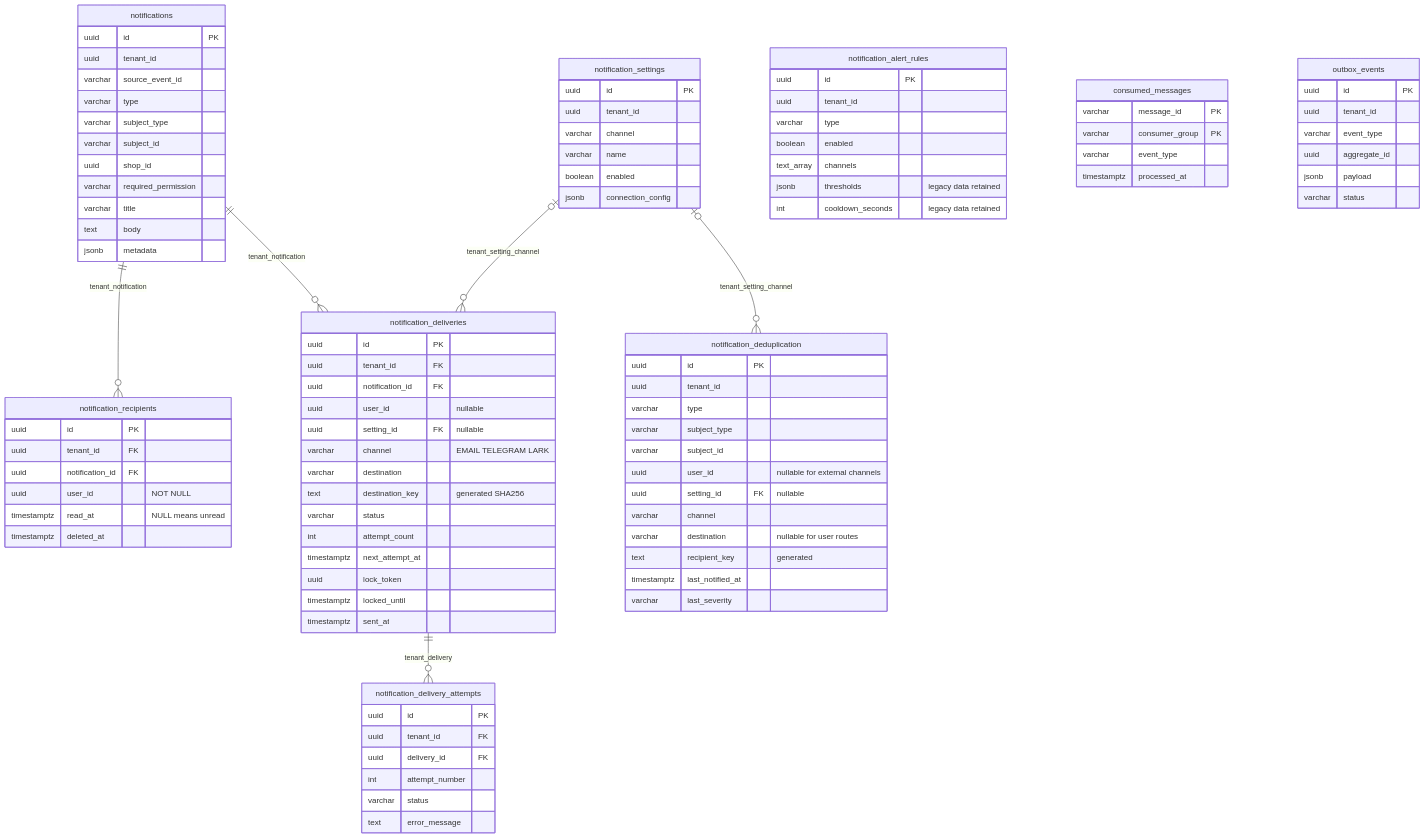
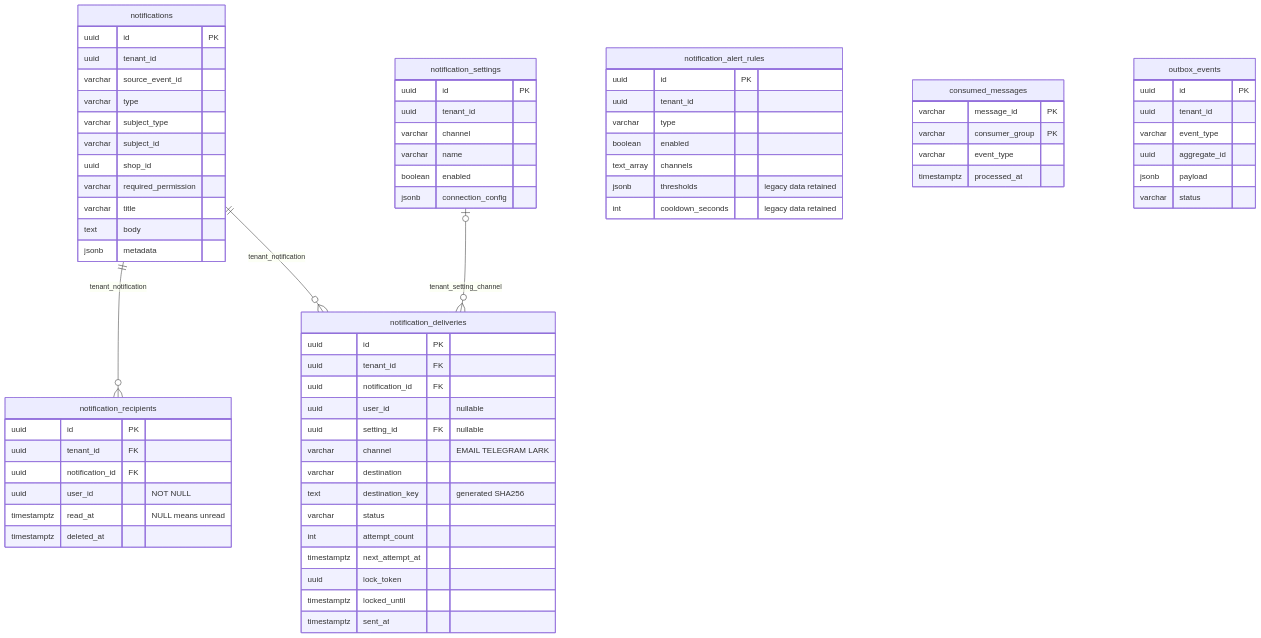
Before and after one commit to NDQuynh259/vishop-platform: the diagram in services/notification-service/docs/database-design.md, drawn with Mermaid. The commit also changed other lines of this file and 135 other files, not shown here.

```diff
--- a/services/notification-service/docs/database-design.md
+++ b/services/notification-service/docs/database-design.md
@@ -23,9 +22,7 @@
 erDiagram
     notifications ||--o{ notification_recipients : tenant_notification
     notifications ||--o{ notification_deliveries : tenant_notification
-    notification_deliveries ||--o{ notification_delivery_attempts : tenant_delivery
     notification_settings o|--o{ notification_deliveries : tenant_setting_channel
-    notification_settings o|--o{ notification_deduplication : tenant_setting_channel
 
     notifications {
         uuid id PK
@@ -81,28 +78,6 @@
         timestamptz locked_until
         timestamptz sent_at
     }
-    notification_delivery_attempts {
-        uuid id PK
-        uuid tenant_id FK
-        uuid delivery_id FK
-        int attempt_number
-        varchar status
-        text error_message
-    }
-    notification_deduplication {
-        uuid id PK
-        uuid tenant_id
-        varchar type
-        varchar subject_type
-        varchar subject_id
-        uuid user_id "nullable for external channels"
-        uuid setting_id FK "nullable"
-        varchar channel
-        varchar destination "nullable for user routes"
-        text recipient_key "generated"
-        timestamptz last_notified_at
-        varchar last_severity
-    }
     consumed_messages {
         varchar message_id PK
         varchar consumer_group PK
```
